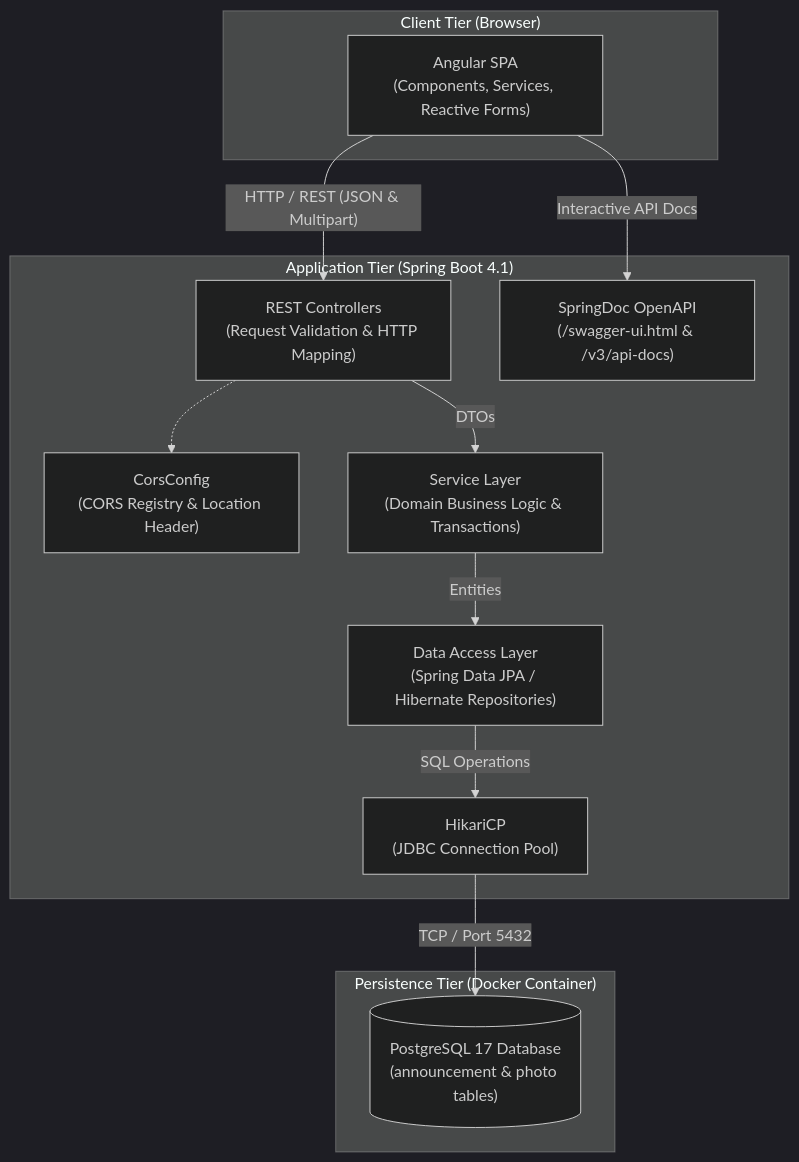
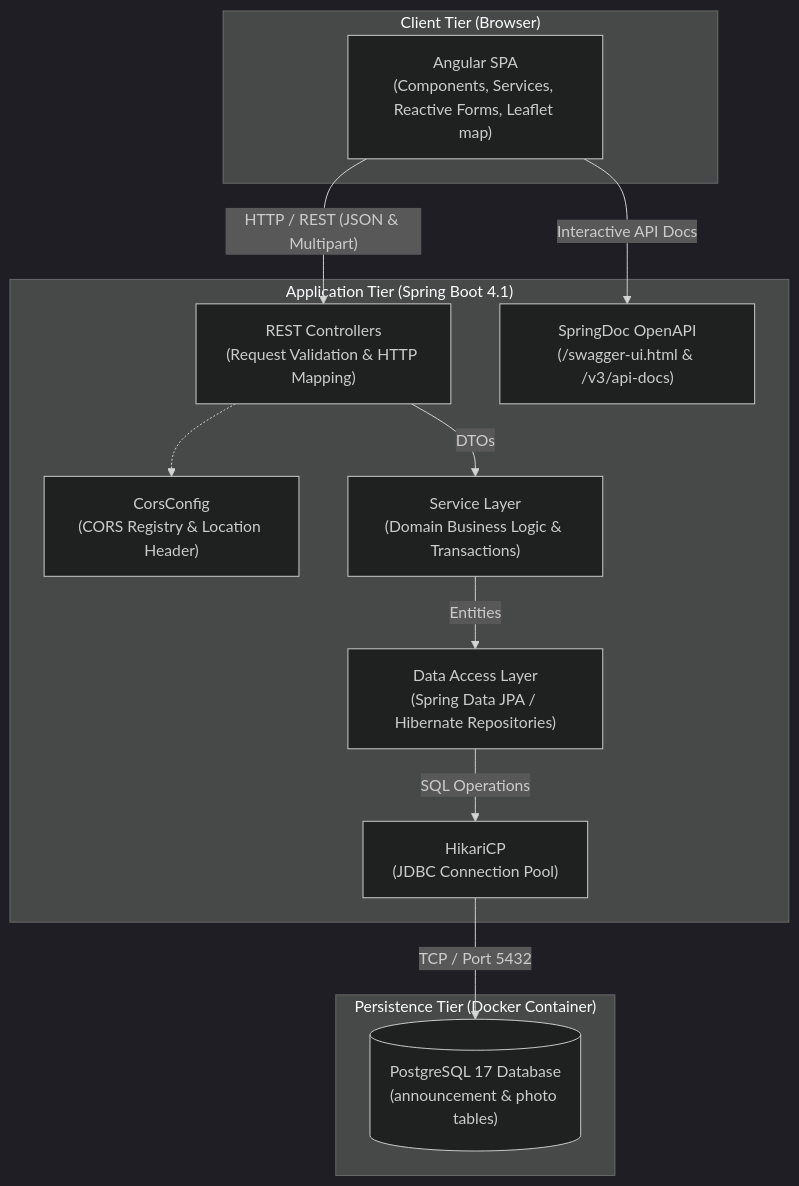
Before and after one commit to NineLives-exe-UBB/safepaws: the first of 3 diagrams in docs/architecture.md, drawn with Mermaid (dark theme). The commit also changed other lines of this file and 10 other files, not shown here.

````diff
--- a/docs/architecture.md
+++ b/docs/architecture.md
@@ -20,27 +20,27 @@
 ```mermaid
 flowchart TD
     subgraph ClientTier["Client Tier (Browser)"]
-        UI["Angular SPA\n(Components, Services, Reactive Forms)"]
+        UI["Angular SPA\n(Components, Services, Reactive Forms, Leaflet map)"]
     end
 
     subgraph AppTier["Application Tier (Spring Boot 4.1)"]
         Controller["REST Controllers\n(Request Validation & HTTP Mapping)"]
         OpenAPI["SpringDoc OpenAPI\n(/swagger-ui.html & /v3/api-docs)"]
         Cors["CorsConfig\n(CORS Registry & Location Header)"]
         Service["Service Layer\n(Domain Business Logic & Transactions)"]
         Repo["Data Access Layer\n(Spring Data JPA / Hibernate Repositories)"]
         Hikari["HikariCP\n(JDBC Connection Pool)"]
     end
 
     subgraph DataTier["Persistence Tier (Docker Container)"]
         PG[("PostgreSQL 17 Database\n(announcement & photo tables)")]
     end
 
     UI -->|"HTTP / REST (JSON & Multipart)"| Controller
     UI -->|"Interactive API Docs"| OpenAPI
     Controller -.-> Cors
     Controller -->|"DTOs"| Service
     Service -->|"Entities"| Repo
     Repo -->|"SQL Operations"| Hikari
     Hikari -->|"TCP / Port 5432"| PG
 ```
````
